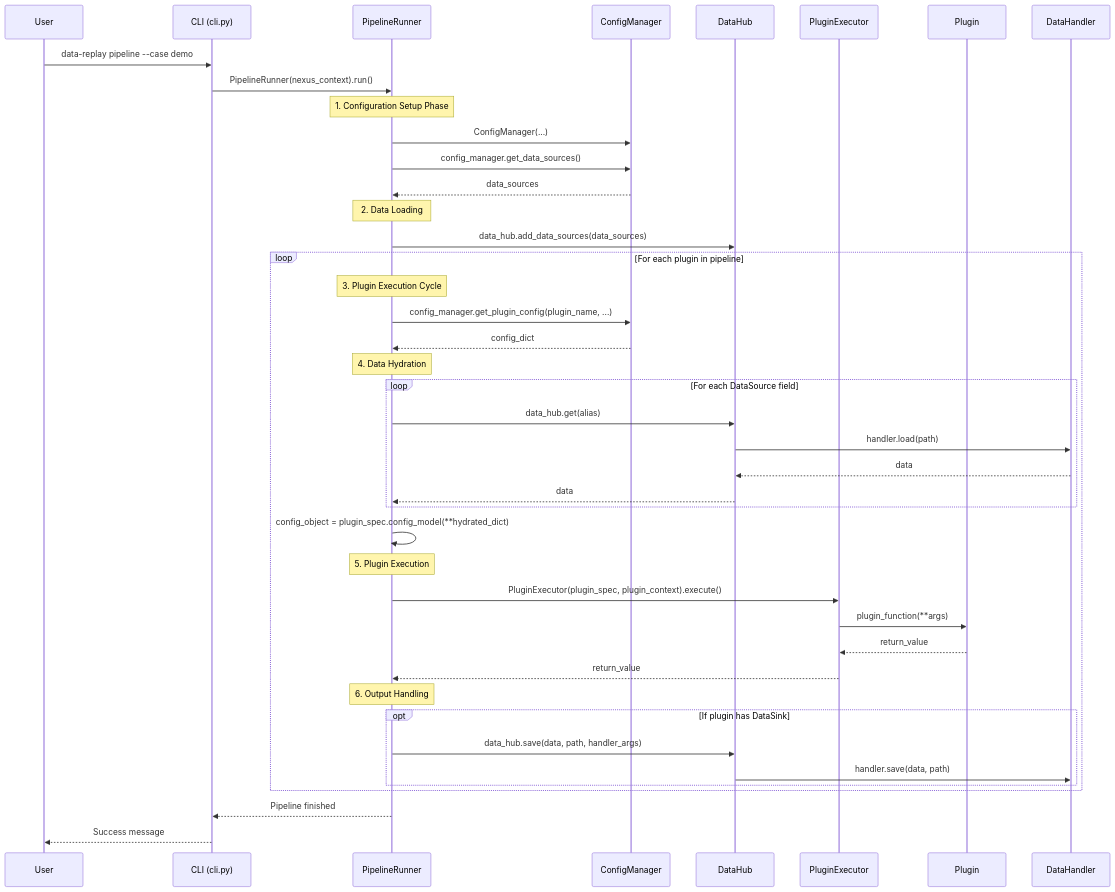
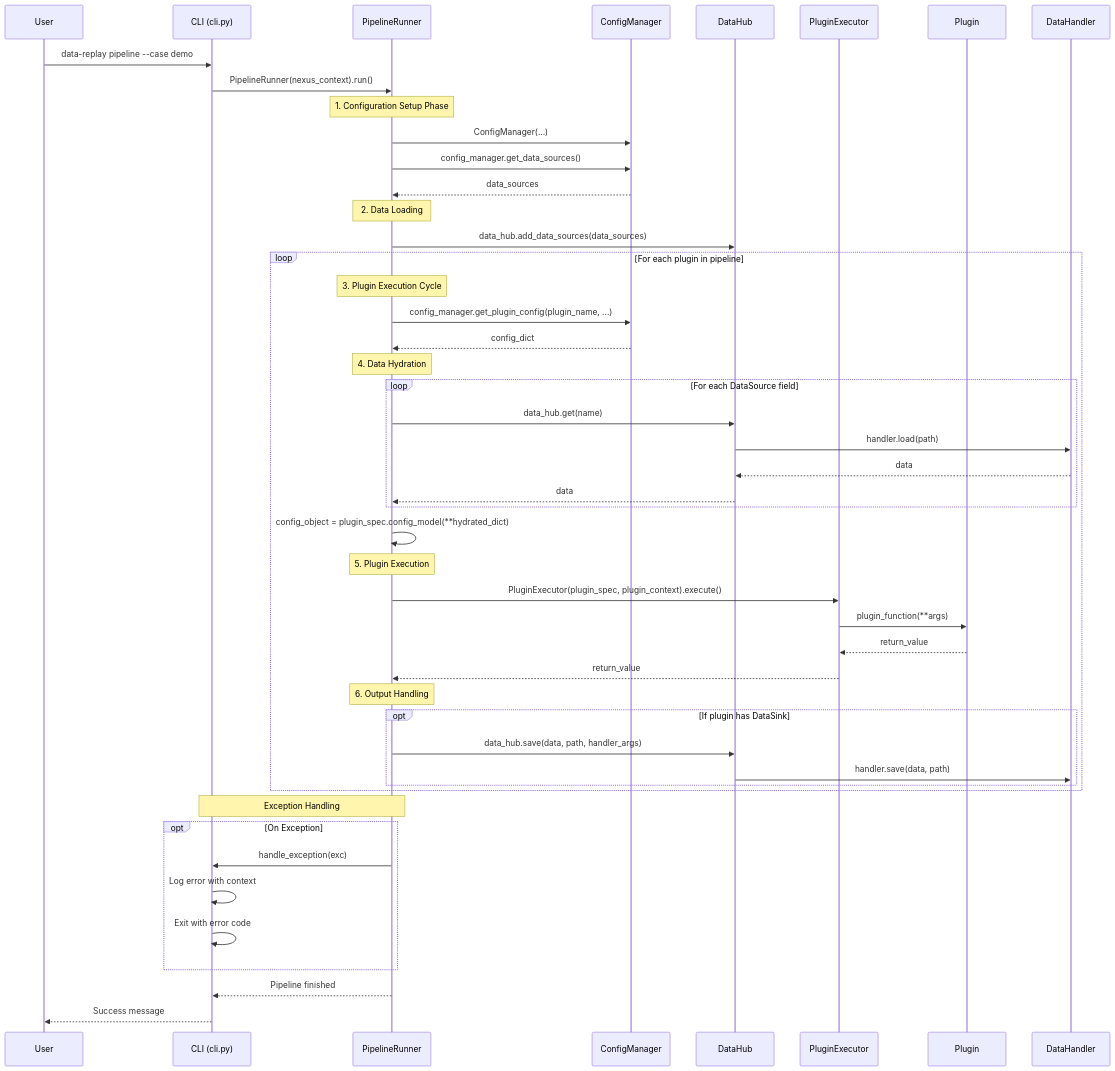
Before and after one commit to leteee/data_replay: the diagram in README.md, drawn with Mermaid. The commit also changed other lines of this file and 14 other files, not shown here.

````diff
--- a/README.md
+++ b/README.md
@@ -513,53 +574,60 @@
 ```mermaid
 sequenceDiagram
     participant U as User
     participant C as CLI (cli.py)
     participant R as PipelineRunner
     participant M as ConfigManager
     participant H as DataHub
     participant E as PluginExecutor
     participant P as Plugin
     participant DH as DataHandler
 
     U->>C: data-replay pipeline --case demo
     C->>R: PipelineRunner(nexus_context).run()
     
     Note over R: 1. Configuration Setup Phase
     R->>M: ConfigManager(...)
     R->>M: config_manager.get_data_sources()
     M-->>R: data_sources
     
     Note over R: 2. Data Loading
     R->>H: data_hub.add_data_sources(data_sources)
     
     loop For each plugin in pipeline
         Note over R: 3. Plugin Execution Cycle
         R->>M: config_manager.get_plugin_config(plugin_name, ...)
         M-->>R: config_dict
         
         Note over R: 4. Data Hydration
         loop For each DataSource field
-            R->>H: data_hub.get(alias)
+            R->>H: data_hub.get(name)
             H->>DH: handler.load(path)
             DH-->>H: data
             H-->>R: data
         end
         
         R->>R: config_object = plugin_spec.config_model(**hydrated_dict)
         
         Note over R: 5. Plugin Execution
         R->>E: PluginExecutor(plugin_spec, plugin_context).execute()
         E->>P: plugin_function(**args)
         P-->>E: return_value
         E-->>R: return_value
         
         Note over R: 6. Output Handling
         opt If plugin has DataSink
             R->>H: data_hub.save(data, path, handler_args)
             H->>DH: handler.save(data, path)
         end
     end
     
+    Note over R,C: Exception Handling
+    opt On Exception
+        R->>C: handle_exception(exc)
+        C->>C: Log error with context
+        C->>C: Exit with error code
+    end
+    
     R-->>C: Pipeline finished
     C-->>U: Success message
 ```
````
